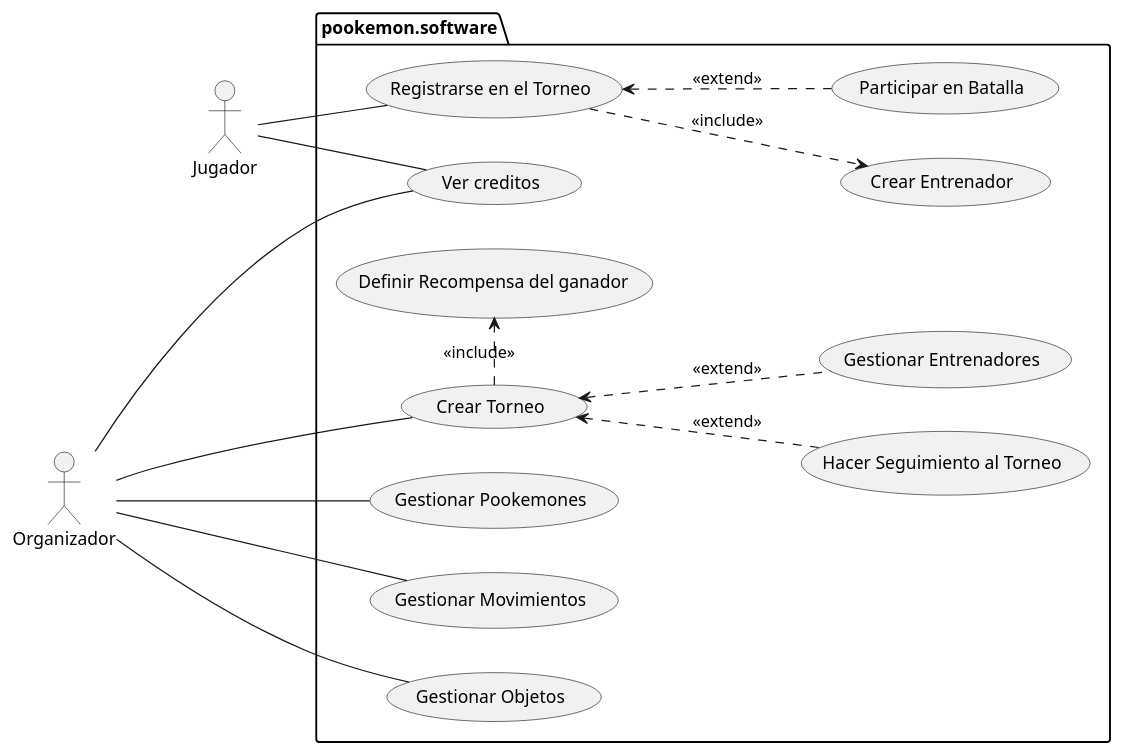
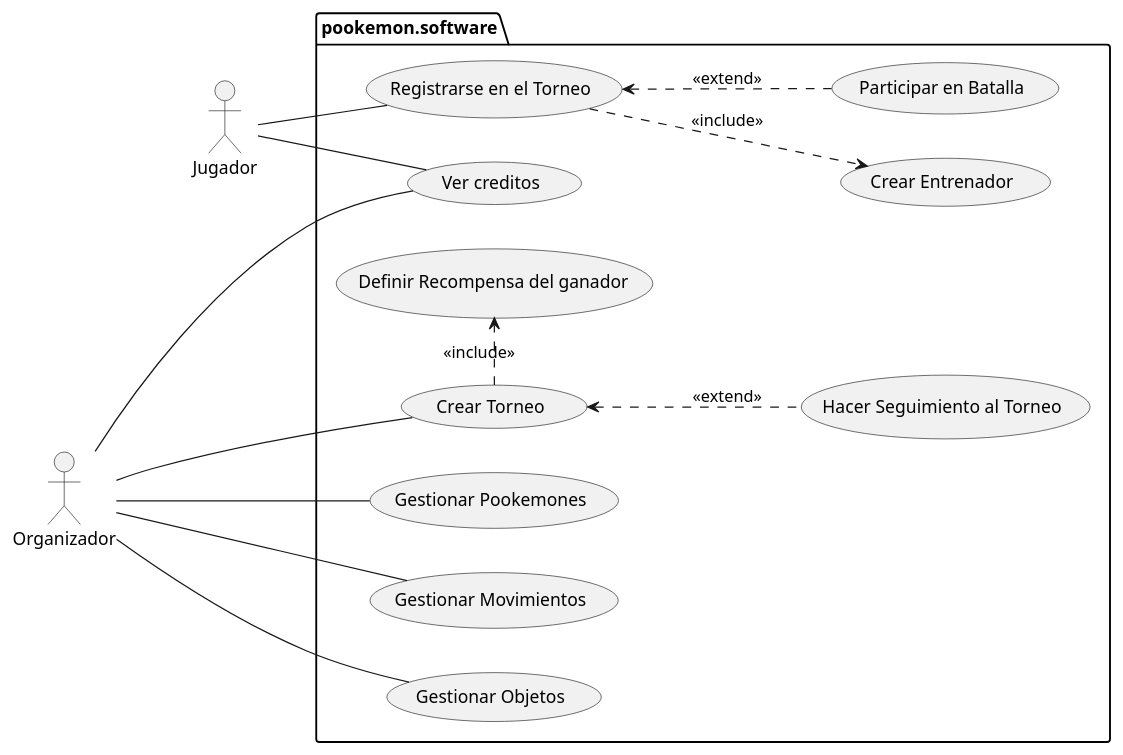
Before and after one commit to Edmh1/Poo-Kemon-proyecto: the diagram in 5 diagramas de casos de uso/Casos de usos (Nivel 0).plantuml, drawn with PlantUML. The commit also changed 2 other files, not shown here.

```diff
--- a/5 diagramas de casos de uso/Casos de usos (Nivel 0).plantuml
+++ b/5 diagramas de casos de uso/Casos de usos (Nivel 0).plantuml
@@ -1,44 +1,42 @@
 @startuml casos_de_uso_nivel_0
 
 left to right direction
 
 actor Jugador 
 actor Organizador 
 
 package "pookemon.software" {
     
     usecase "Registrarse en el Torneo" as regTor
     usecase "Crear Entrenador" as creEnt
     usecase "Participar en Batalla" as parBat
 
     usecase "Ver creditos" as verCre
 
     usecase "Crear Torneo" as creTor
     usecase "Hacer Seguimiento al Torneo" as hacSeg
     usecase "Definir Recompensa del ganador" as defRec
     usecase "Gestionar Pookemones" as gesPoo
     usecase "Gestionar Movimientos" as gesMov
-    usecase "Gestionar Entrenadores" as gesEnt
     usecase "Gestionar Objetos" as gesObj
 }
 
 Jugador -- verCre
 
 
 Jugador -- regTor
 regTor ..> creEnt:<<include>>
 regTor <.. parBat:<<extend>>
 
 Organizador --- verCre
 
 Organizador -- creTor
 creTor .> defRec:<<include>>
-creTor <.. gesEnt:<<extend>>
 creTor <.. hacSeg:<<extend>>
 
 
 Organizador -- gesPoo
 Organizador -- gesObj
 Organizador -- gesMov
 
 @enduml
```
